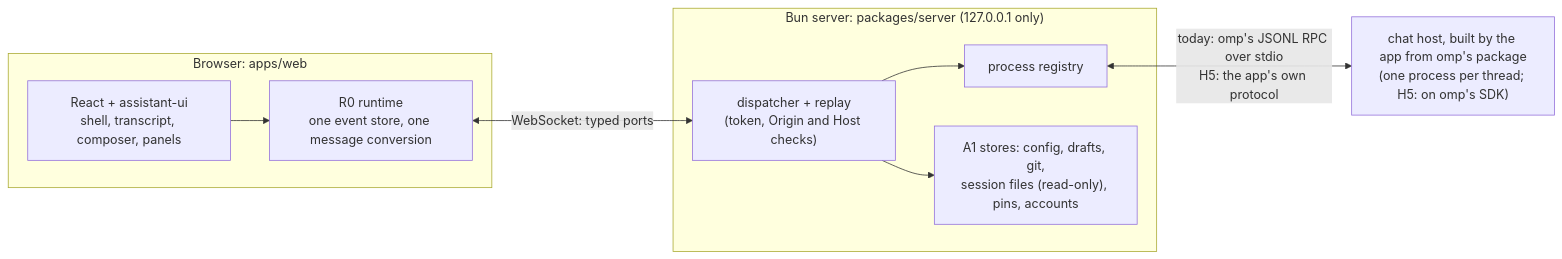
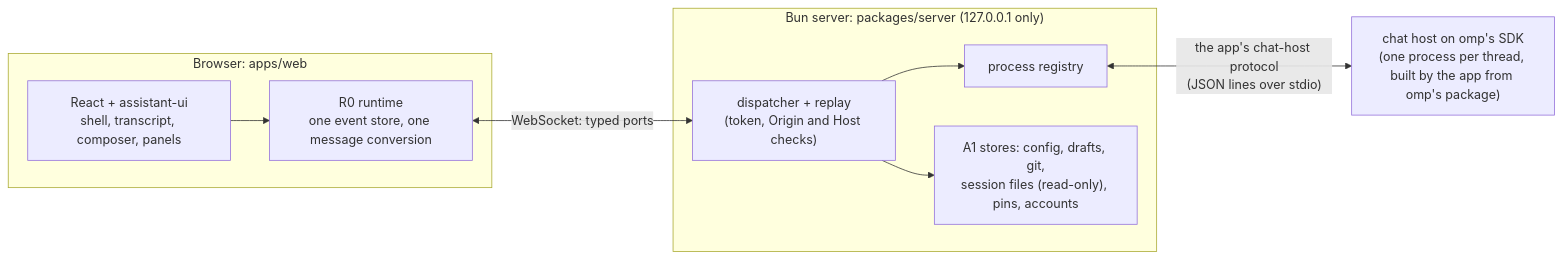
One commit to BarryTheShen/omp-app changed the diagram in README.md. Above: the diagram before and after it, drawn with Mermaid. The commit also changed other lines of this file and 76 other files, not shown here.

````diff
--- a/README.md
+++ b/README.md
@@ -80,17 +80,17 @@
 ```mermaid
 flowchart LR
   subgraph Browser["Browser: apps/web"]
     UI["React + assistant-ui<br/>shell, transcript, composer, panels"]
     R0["R0 runtime<br/>one event store, one message conversion"]
     UI --> R0
   end
   subgraph Server["Bun server: packages/server (127.0.0.1 only)"]
     D["dispatcher + replay<br/>(token, Origin and Host checks)"]
     P["process registry"]
     S["A1 stores: config, drafts, git,<br/>session files (read-only), pins, accounts"]
     D --> P
     D --> S
   end
   R0 <-->|"WebSocket: typed ports"| D
-  P <-->|"today: omp's JSONL RPC over stdio<br/>H5: the app's own protocol"| O["chat host, built by the app from omp's package<br/>(one process per thread; H5: on omp's SDK)"]
+  P <-->|"the app's chat-host protocol<br/>(JSON lines over stdio)"| O["chat host on omp's SDK<br/>(one process per thread, built by the app from omp's package)"]
 ```
````
